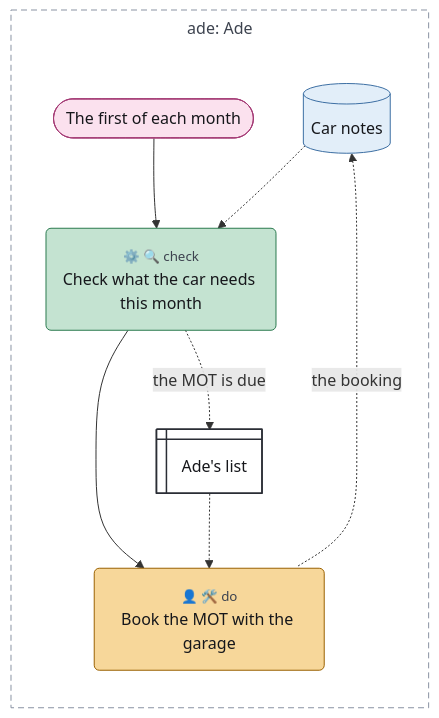
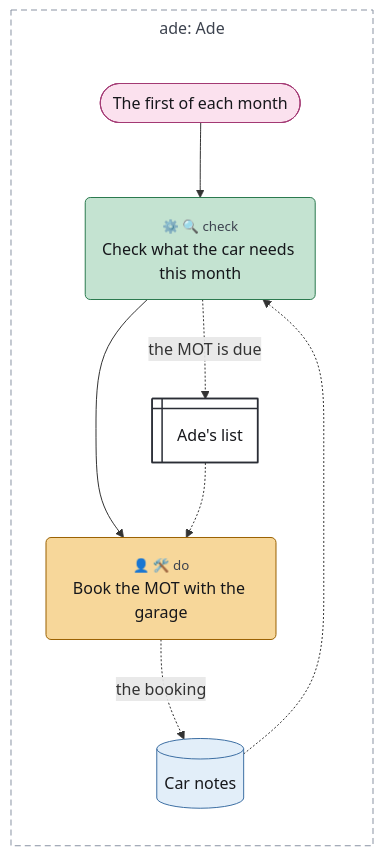
The diagram in examples/tour/07-person-step.mmd (chrismdp/awml), drawn with Mermaid before and after one commit. The commit also changed 49 other files, not shown here.

```diff
--- a/examples/tour/07-person-step.mmd
+++ b/examples/tour/07-person-step.mmd
@@ -1,43 +1,42 @@
 ---
 config:
   theme: default
   fontFamily: Inter, sans-serif
   flowchart:
     useMaxWidth: false
     subGraphTitleMargin:
       top: 6
       bottom: 30
 ---
 flowchart TB
   subgraph ade["ade#58; Ade"]
     direction TB
     monthly(["The first of each month"])
     car_notes[("Car notes")]
     due("<small style='color:rgb(61,67,79)'>⚙️ 🔍 check</small><br>Check what the car needs this month")
     list@{ shape: win-pane, label: "Ade#39;s list" }
     book("<small style='color:rgb(61,67,79)'>👤 🛠️ do</small><br>Book the MOT with the garage")
   end
 
   monthly --> due
   car_notes -.-> due
   due -.->|"the MOT is due"| list
   due --> book
   list -.-> book
-  car_notes <-.->|"the booking"| book
+  book -.->|"the booking"| car_notes
   classDef trig fill:#fbe1ee,stroke:#a33a74,color:#16171b
   classDef ctx fill:#e2eef9,stroke:#3d6fa3,color:#16171b
   classDef con fill:#eceef2,stroke:#5d6472,color:#16171b
   classDef surf fill:#ffffff,stroke:#2a2d35,stroke-width:1.5px,color:#16171b
   classDef out fill:#fde4dc,stroke:#b5532f,color:#16171b
   classDef ai fill:#cdd3fb,stroke:#3b4bb0,color:#16171b
   classDef code fill:#c4e3d1,stroke:#2b7a4f,color:#16171b
   classDef person fill:#f7d79a,stroke:#9a6100,color:#16171b
   classDef uml fill:#16171b,stroke:#16171b,color:#16171b
   classDef gap fill:#ffffff,stroke:#8a93a3,stroke-dasharray:4 3,color:#6b7280
   class monthly trig
   class car_notes ctx
   class list surf
   class due code
   class book person
   style ade fill:transparent,stroke:#8a93a3,stroke-dasharray:6 4,color:#3d434f
-  linkStyle 5 marker-end:none
```
